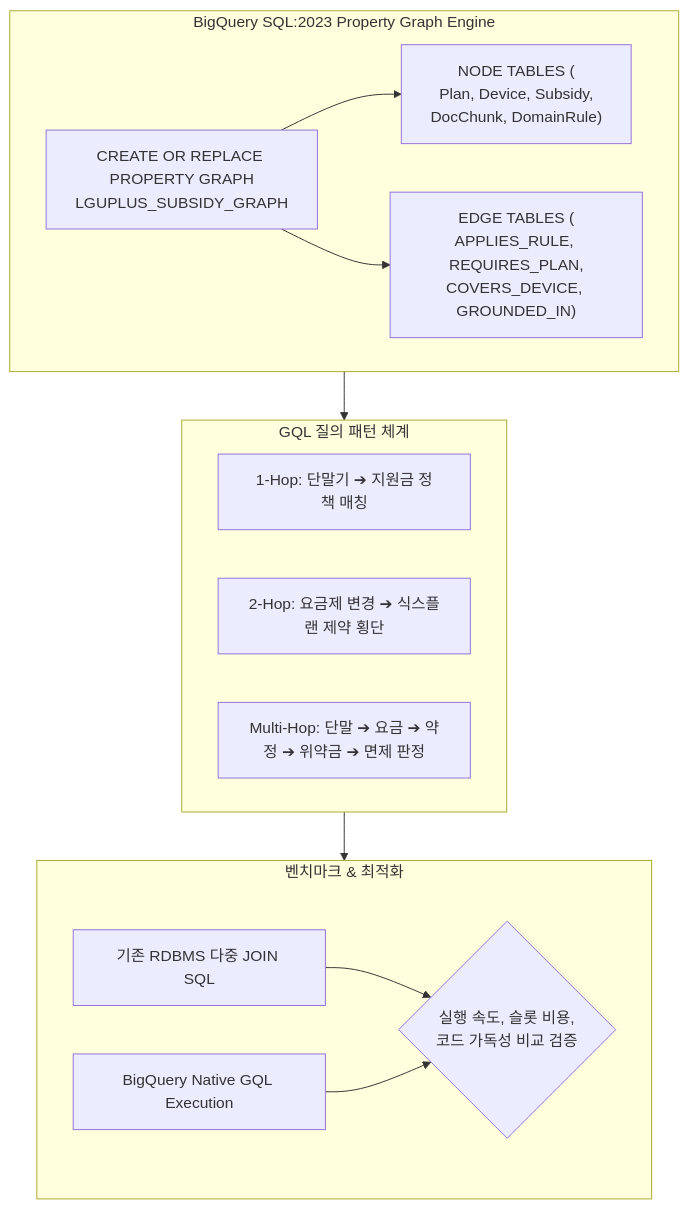
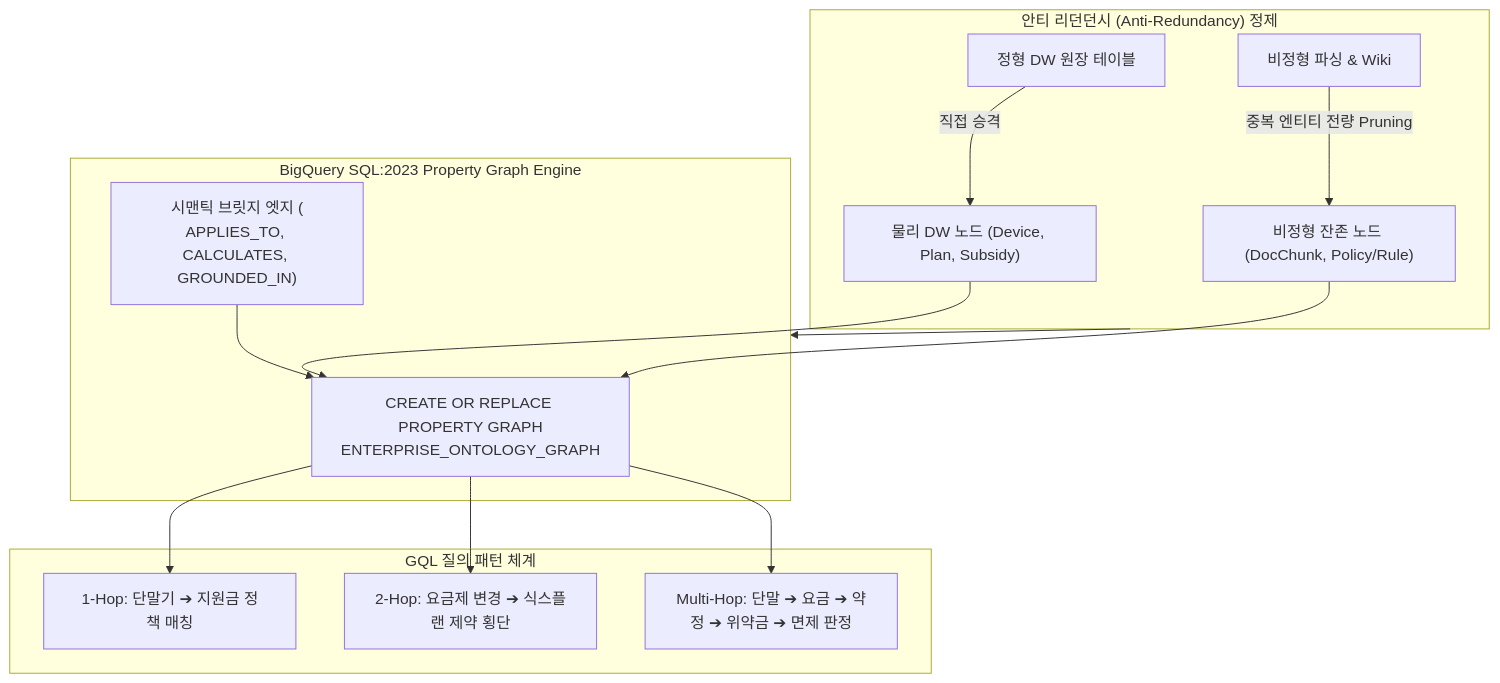
The fourth of 6 diagrams in methodology/METHODOLOGY_KO.md (seanjungG/agentic-ontology-starter), drawn with Mermaid before and after one commit. The commit also changed other lines of this file and 20 other files, not shown here.

Commit message:
feat: implement evolutionary architecture methodology, karpathy llm-wiki pipeline, and multi-view enterprise studio [GOAL-097]

````diff
--- a/methodology/METHODOLOGY_KO.md
+++ b/methodology/METHODOLOGY_KO.md
@@ -213,24 +238,22 @@
 ```mermaid
 flowchart TD
+    subgraph AntiRedundancy ["안티 리던던시 (Anti-Redundancy) 정제"]
+        RawDW["정형 DW 원장 테이블"] -->|직접 승격| DWNodes["물리 DW 노드 (Device, Plan, Subsidy)"]
+        RawDoc["비정형 파싱 & Wiki"] -->|중복 엔티티 전량 Pruning| DocNodes["비정형 잔존 노드 (DocChunk, Policy/Rule)"]
+    end
+
     subgraph DDLCompilation ["BigQuery SQL:2023 Property Graph Engine"]
-        DDL["CREATE OR REPLACE PROPERTY GRAPH<br/>LGUPLUS_SUBSIDY_GRAPH"]
-        Nodes["NODE TABLES (<br/>Plan, Device, Subsidy,<br/>DocChunk, DomainRule)"]
-        Edges["EDGE TABLES (<br/>APPLIES_RULE, REQUIRES_PLAN,<br/>COVERS_DEVICE, GROUNDED_IN)"]
-        DDL --> Nodes & Edges
+        DDL["CREATE OR REPLACE PROPERTY GRAPH<br/>ENTERPRISE_ONTOLOGY_GRAPH"]
+        DWNodes & DocNodes --> DDL
+        Edges["시맨틱 브릿지 엣지 (<br/>APPLIES_TO, CALCULATES, GROUNDED_IN)"] --> DDL
     end
 
     subgraph GQLTraverse ["GQL 질의 패턴 체계"]
         Q1["1-Hop: 단말기 ➔ 지원금 정책 매칭"]
         Q2["2-Hop: 요금제 변경 ➔ 식스플랜 제약 횡단"]
         Q3["Multi-Hop: 단말 ➔ 요금 ➔ 약정 ➔ 위약금 ➔ 면제 판정"]
+        DDL --> Q1 & Q2 & Q3
     end
 
-    subgraph BenchmarkLoop ["벤치마크 & 최적화"]
-        SQL_Exec["기존 RDBMS 다중 JOIN SQL"]
-        GQL_Exec["BigQuery Native GQL Execution"]
-        Compare{"실행 속도, 슬롯 비용,<br/>코드 가독성 비교 검증"}
-        SQL_Exec & GQL_Exec --> Compare
-    end
-
-    DDLCompilation --> GQLTraverse --> BenchmarkLoop
+    AntiRedundancy --> DDLCompilation
 ```
````
